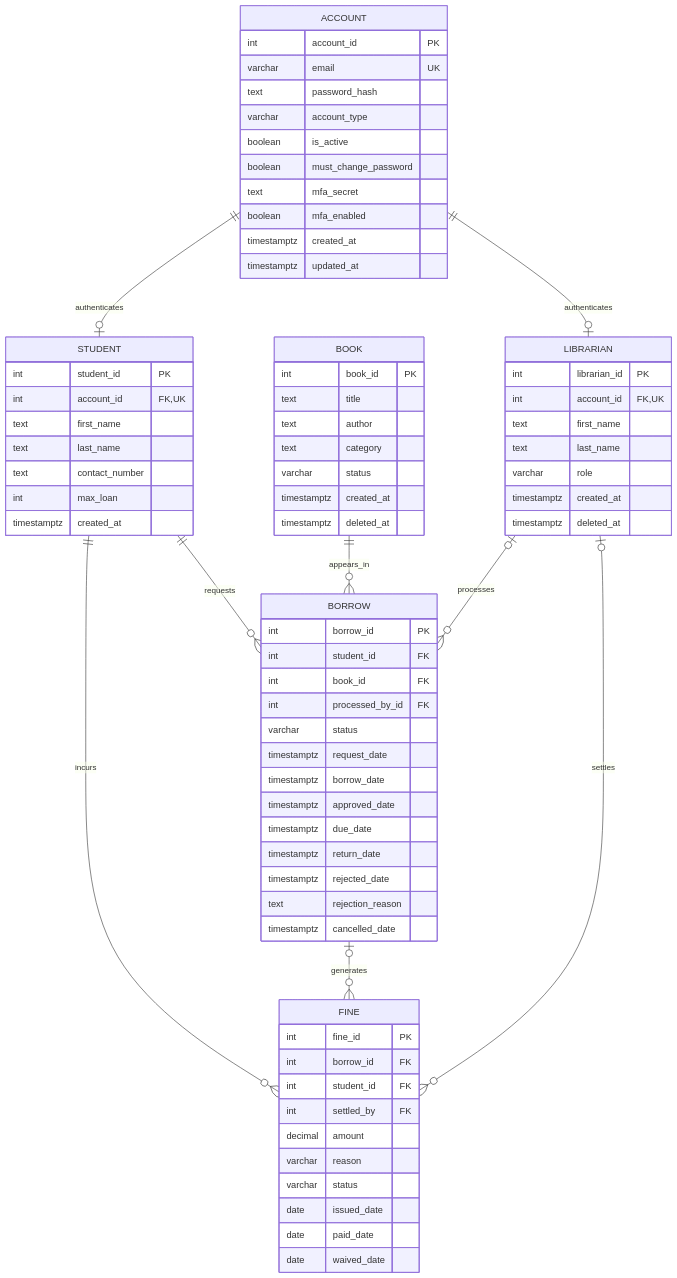
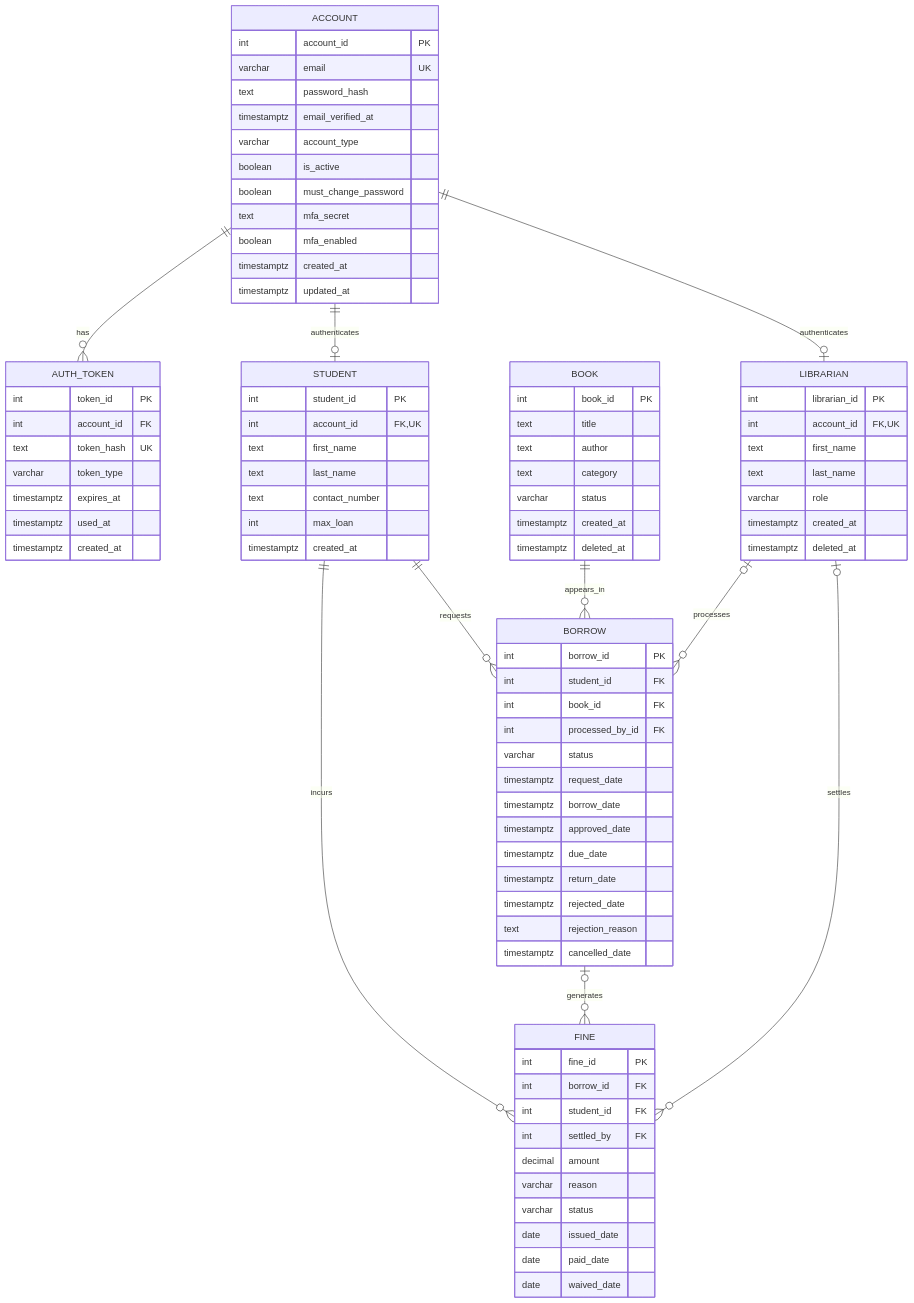
The diagram in docs/ERD.md (Harshcodeszs/Libris), drawn with Mermaid before and after one commit. The commit also changed other lines of this file and 38 other files, not shown here.

Commit message:
finalize PostgreSQL schema, auth token design, and backend scaffold

````diff
--- a/docs/ERD.md
+++ b/docs/ERD.md
@@ -122,5 +135,6 @@
 ```mermaid
 erDiagram
+    ACCOUNT ||--o{ AUTH_TOKEN : has
     ACCOUNT ||--o| STUDENT : authenticates
     ACCOUNT ||--o| LIBRARIAN : authenticates
     STUDENT ||--o{ BORROW : requests
@@ -134,6 +148,7 @@
         int account_id PK
         varchar email UK
         text password_hash
+        timestamptz email_verified_at
         varchar account_type
         boolean is_active
         boolean must_change_password
@@ -141,6 +156,15 @@
         boolean mfa_enabled
         timestamptz created_at
         timestamptz updated_at
+    }
+    AUTH_TOKEN {
+        int token_id PK
+        int account_id FK
+        text token_hash UK
+        varchar token_type
+        timestamptz expires_at
+        timestamptz used_at
+        timestamptz created_at
     }
     STUDENT {
         int student_id PK
````
